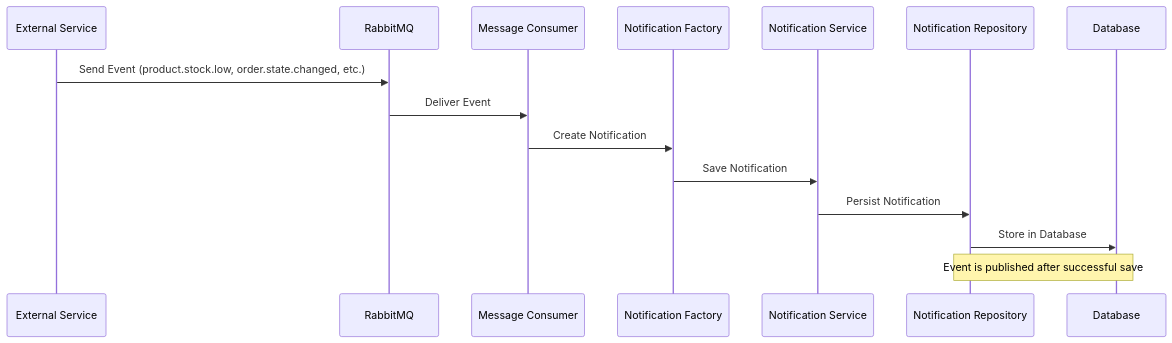
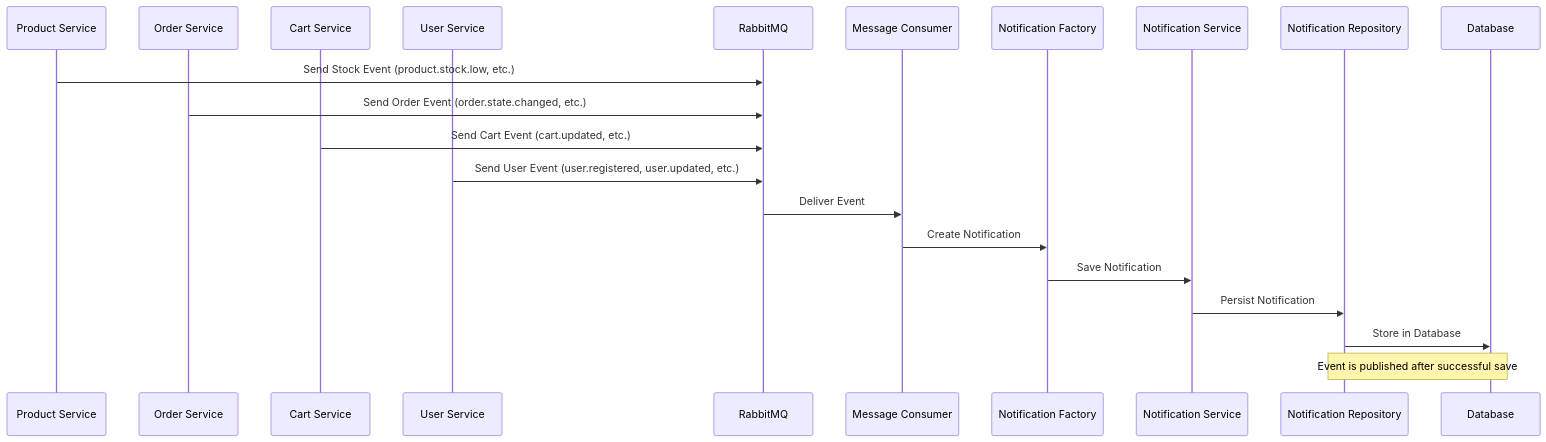
One commit to GFTCOMS/WRK25COMMUNICATION changed the third of 3 diagrams in README.md. Above: the diagram before and after it, drawn with Mermaid. The commit also changed other lines of this file and 8 other files, not shown here.

````diff
--- a/README.md
+++ b/README.md
@@ -86,18 +134,24 @@
 ```mermaid
 sequenceDiagram
-    participant ExternalService as External Service
+    participant ProductService as Product Service
+    participant OrderService as Order Service
+    participant CartService as Cart Service
+    participant UserService as User Service
     participant RabbitMQ as RabbitMQ
     participant Consumer as Message Consumer
     participant Factory as Notification Factory
     participant Service as Notification Service
     participant Repository as Notification Repository
     participant DB as Database
 
-    ExternalService->>RabbitMQ: Send Event (product.stock.low, order.state.changed, etc.)
+    ProductService->>RabbitMQ: Send Stock Event (product.stock.low, etc.)
+    OrderService->>RabbitMQ: Send Order Event (order.state.changed, etc.)
+    CartService->>RabbitMQ: Send Cart Event (cart.updated, etc.)
+    UserService->>RabbitMQ: Send User Event (user.registered, user.updated, etc.)
     RabbitMQ->>Consumer: Deliver Event
     Consumer->>Factory: Create Notification
     Factory->>Service: Save Notification
     Service->>Repository: Persist Notification
     Repository->>DB: Store in Database
     Note over Repository,DB: Event is published after successful save
 ```
````
